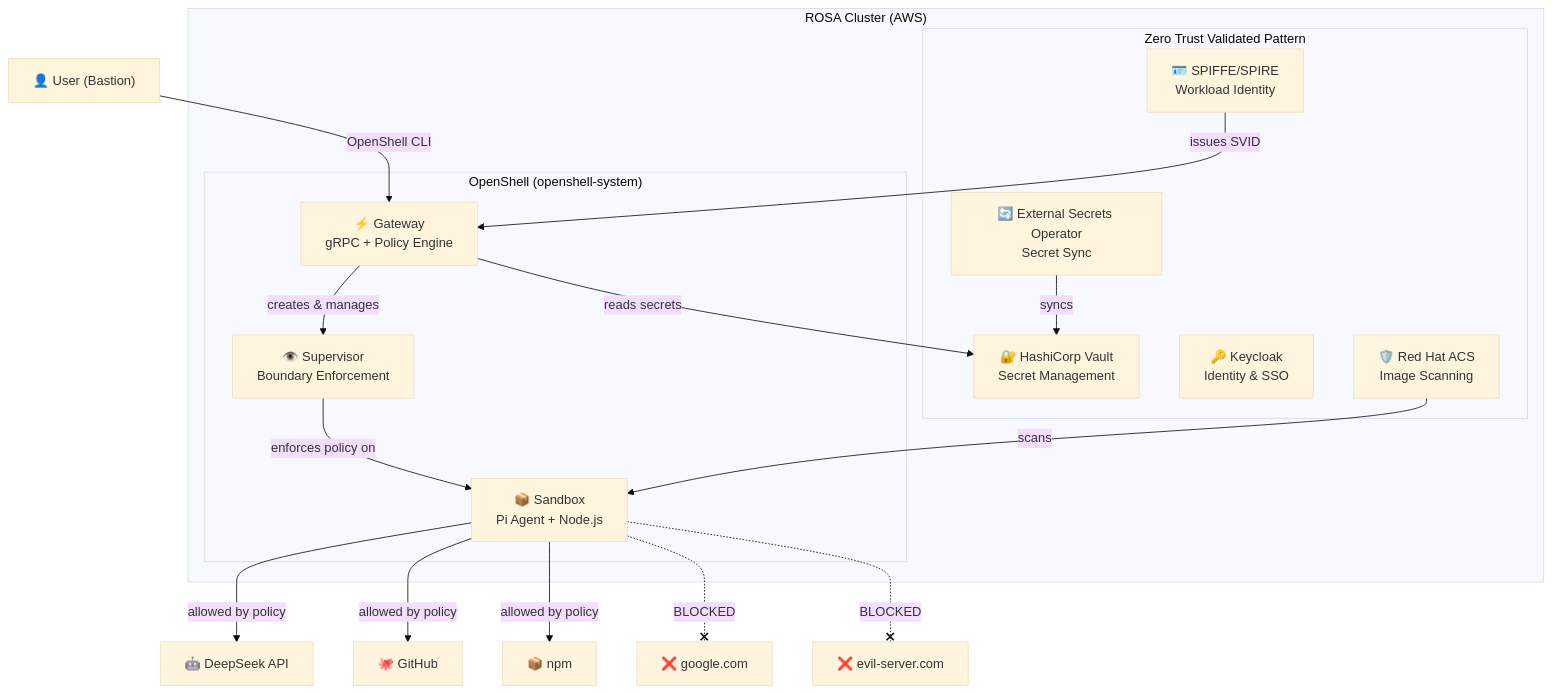
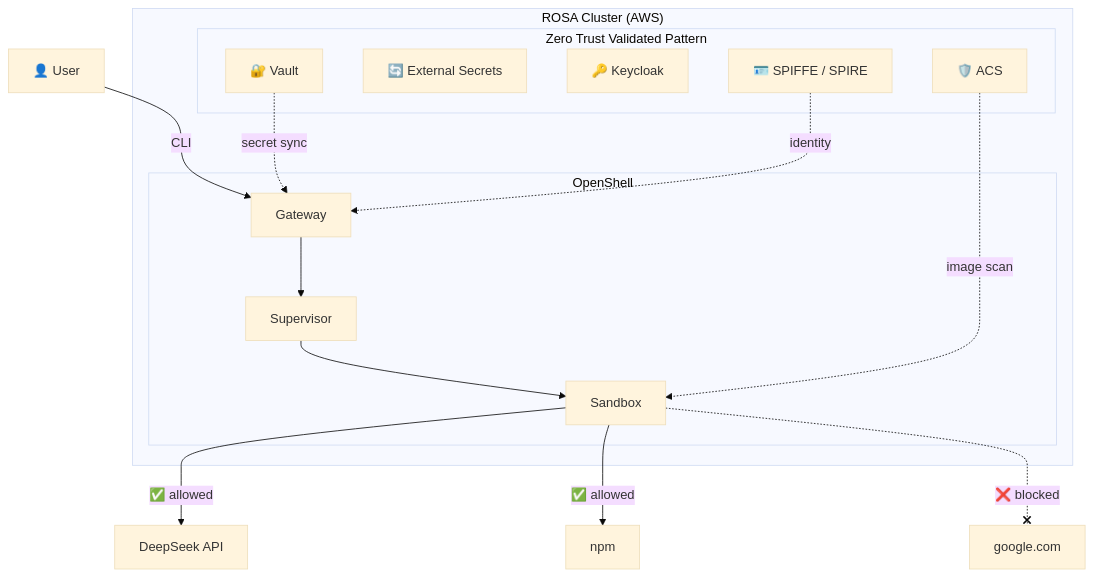
Before and after one commit to avijra/openshell-ztm-lab: the first of 6 diagrams in docs/1-architecture/README.md, drawn with Mermaid (base theme). The commit also changed other lines of this file and 6 other files, not shown here.

First line of the commit message:
fix: replace all unreadable sequence diagrams with simple vertical flows

````diff
--- a/docs/1-architecture/README.md
+++ b/docs/1-architecture/README.md
@@ -7,29 +7,25 @@
 ```mermaid
 graph TB
     subgraph ROSA["ROSA Cluster (AWS)"]
         subgraph ZTVP["Zero Trust Validated Pattern"]
-            Vault["🔐 HashiCorp Vault<br/>Secret Management"]
-            ESO["🔄 External Secrets Operator<br/>Secret Sync"]
-            Keycloak["🔑 Keycloak<br/>Identity & SSO"]
-            SPIRE["🪪 SPIFFE/SPIRE<br/>Workload Identity"]
-            ACS["🛡️ Red Hat ACS<br/>Image Scanning"]
+            Vault["🔐 Vault"]
+            ESO["🔄 External Secrets"]
+            Keycloak["🔑 Keycloak"]
+            SPIRE["🪪 SPIFFE / SPIRE"]
+            ACS["🛡️ ACS"]
         end
-        subgraph OS["OpenShell (openshell-system)"]
-            GW["⚡ Gateway<br/>gRPC + Policy Engine"]
-            SV["👁️ Supervisor<br/>Boundary Enforcement"]
-            SB["📦 Sandbox<br/>Pi Agent + Node.js"]
+        subgraph OS["OpenShell"]
+            GW["Gateway"]
+            SV["Supervisor"]
+            SB["Sandbox"]
         end
     end
-    User["👤 User (Bastion)"] -->|OpenShell CLI| GW
-    GW -->|creates & manages| SV
-    SV -->|enforces policy on| SB
-    SB -->|allowed by policy| DS["🤖 DeepSeek API"]
-    SB -->|allowed by policy| GH["🐙 GitHub"]
-    SB -->|allowed by policy| NPM["📦 npm"]
-    SB -.-x|BLOCKED| Google["❌ google.com"]
-    SB -.-x|BLOCKED| Evil["❌ evil-server.com"]
-    GW -->|reads secrets| Vault
-    ESO -->|syncs| Vault
-    ACS -->|scans| SB
-    SPIRE -->|issues SVID| GW
+    User["👤 User"] -->|CLI| GW
+    GW --> SV --> SB
+    SB -->|"✅ allowed"| DS["DeepSeek API"]
+    SB -->|"✅ allowed"| NPM["npm"]
+    SB -.-x|"❌ blocked"| Bad["google.com"]
+    Vault -.->|secret sync| GW
+    SPIRE -.->|identity| GW
+    ACS -.->|image scan| SB
 ```
````
